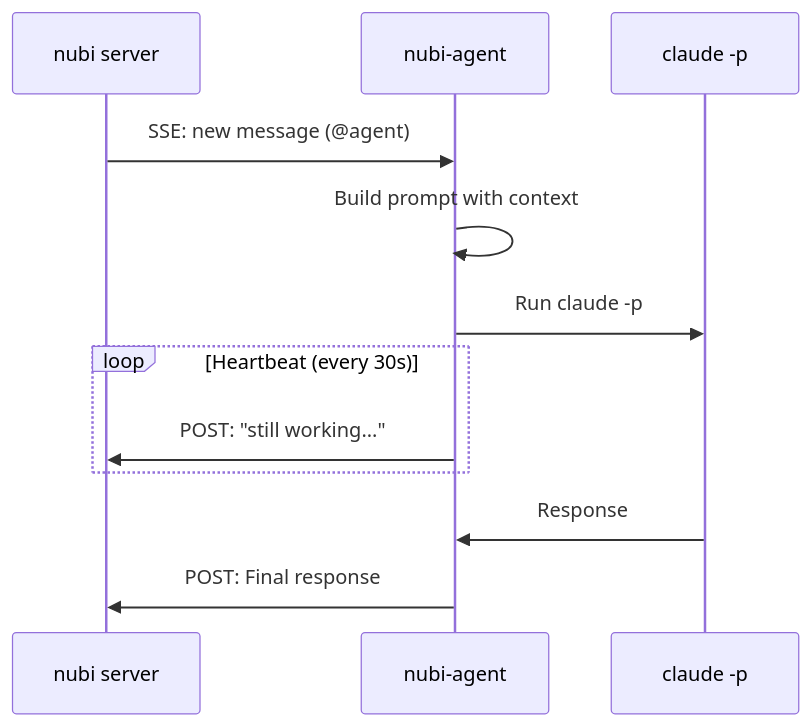
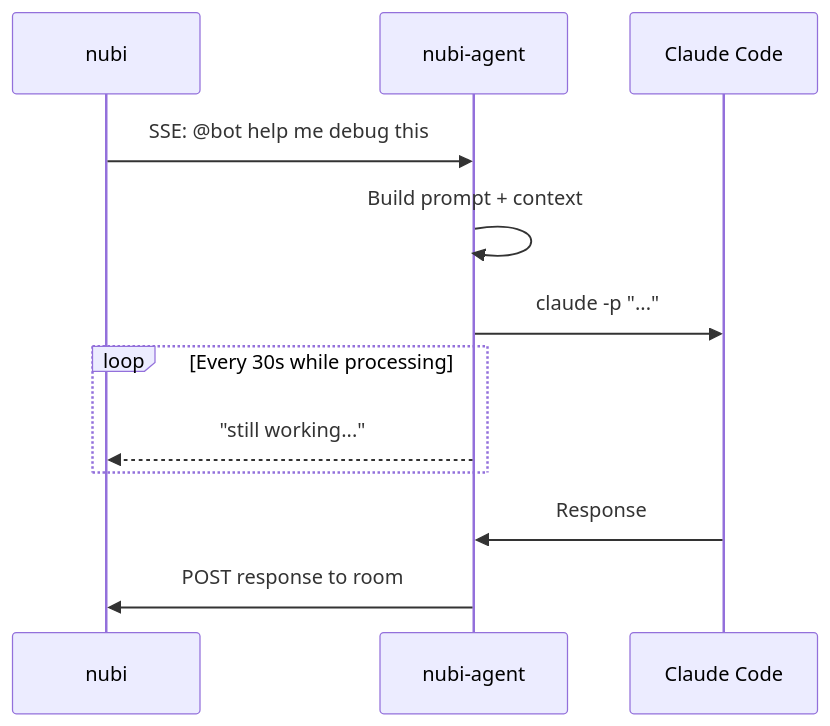
One commit to aprdos/nubi-agent changed the diagram in README.md. Above: the diagram before and after it, drawn with Mermaid. The commit also changed other lines of this file, not shown here.

````diff
--- a/README.md
+++ b/README.md
@@ -56,15 +62,17 @@
 ```mermaid
 sequenceDiagram
-    participant N as nubi server
+    participant N as nubi
     participant A as nubi-agent
-    participant C as claude -p
+    participant C as Claude Code
 
-    N->>A: SSE: new message (@agent)
-    A->>A: Build prompt with context
-    A->>C: Run claude -p
-    loop Heartbeat (every 30s)
-        A->>N: POST: "still working..."
+    N->>A: SSE: @bot help me debug this
+    A->>A: Build prompt + context
+    A->>C: claude -p "..."
+    
+    loop Every 30s while processing
+        A-->>N: "still working..."
     end
+    
     C->>A: Response
-    A->>N: POST: Final response
+    A->>N: POST response to room
 ```
````
